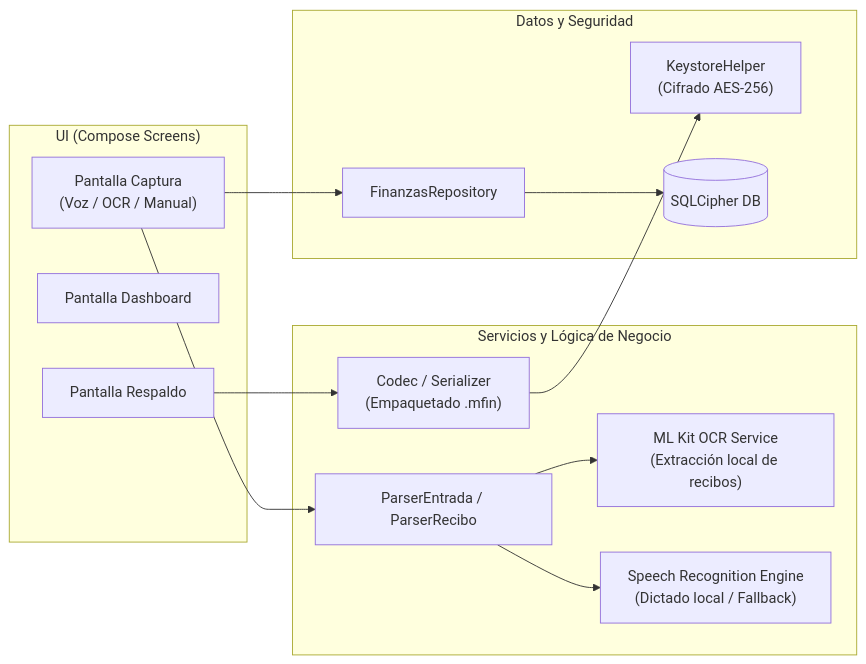
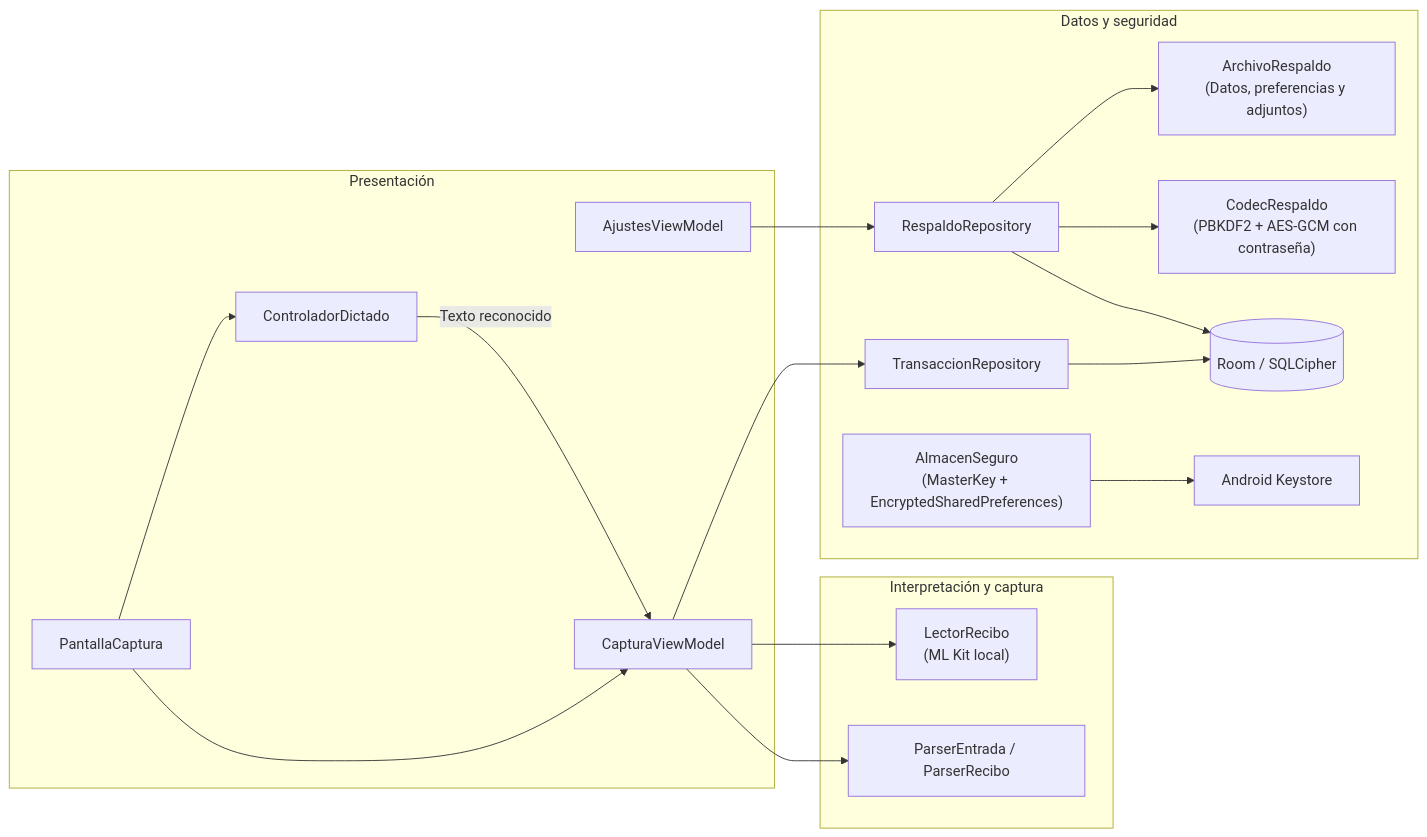
Before and after one commit to Nicooooal/MisFinanzas-Project-App: the third of 3 diagrams in docs/ARCHITECTURE.md, drawn with Mermaid. The commit also changed other lines of this file and 5 other files, not shown here.

````diff
--- a/docs/ARCHITECTURE.md
+++ b/docs/ARCHITECTURE.md
@@ -56,29 +56,37 @@
 ```mermaid
 flowchart LR
-    subgraph UI_Layer["UI (Compose Screens)"]
-        CapturaScreen["Pantalla Captura\n(Voz / OCR / Manual)"]
-        DashboardScreen["Pantalla Dashboard"]
-        BackupScreen["Pantalla Respaldo"]
+    subgraph UI_Layer["Presentación"]
+        CapturaScreen["PantallaCaptura"]
+        CapturaVM["CapturaViewModel"]
+        VoiceEngine["ControladorDictado"]
+        BackupVM["AjustesViewModel"]
     end
 
-    subgraph Domain_Services["Servicios y Lógica de Negocio"]
-        OCRService["ML Kit OCR Service\n(Extracción local de recibos)"]
-        VoiceEngine["Speech Recognition Engine\n(Dictado local / Fallback)"]
-        BackupCodec["Codec / Serializer\n(Empaquetado .mfin)"]
+    subgraph Domain_Services["Interpretación y captura"]
+        OCRService["LectorRecibo\n(ML Kit local)"]
         Parser["ParserEntrada / ParserRecibo"]
     end
 
-    subgraph Security_Data["Datos y Seguridad"]
-        Repo["FinanzasRepository"]
-        KeystoreHelper["KeystoreHelper\n(Cifrado AES-256)"]
-        RoomDB[("SQLCipher DB")]
+    subgraph Security_Data["Datos y seguridad"]
+        Repo["TransaccionRepository"]
+        BackupRepo["RespaldoRepository"]
+        Archivo["ArchivoRespaldo\n(Datos, preferencias y adjuntos)"]
+        BackupCodec["CodecRespaldo\n(PBKDF2 + AES-GCM con contraseña)"]
+        Almacen["AlmacenSeguro\n(MasterKey + EncryptedSharedPreferences)"]
+        RoomDB[("Room / SQLCipher")]
+        Keystore["Android Keystore"]
     end
 
-    CapturaScreen --> Parser
-    Parser --> OCRService
-    Parser --> VoiceEngine
-    CapturaScreen --> Repo
-    BackupScreen --> BackupCodec
-    BackupCodec --> KeystoreHelper
+    CapturaScreen --> CapturaVM
+    CapturaScreen --> VoiceEngine
+    VoiceEngine -->|"Texto reconocido"| CapturaVM
+    CapturaVM --> OCRService
+    CapturaVM --> Parser
+    CapturaVM --> Repo
     Repo --> RoomDB
+    BackupVM --> BackupRepo
+    BackupRepo --> Archivo
+    BackupRepo --> BackupCodec
+    BackupRepo --> RoomDB
+    Almacen --> Keystore
 ```
````
